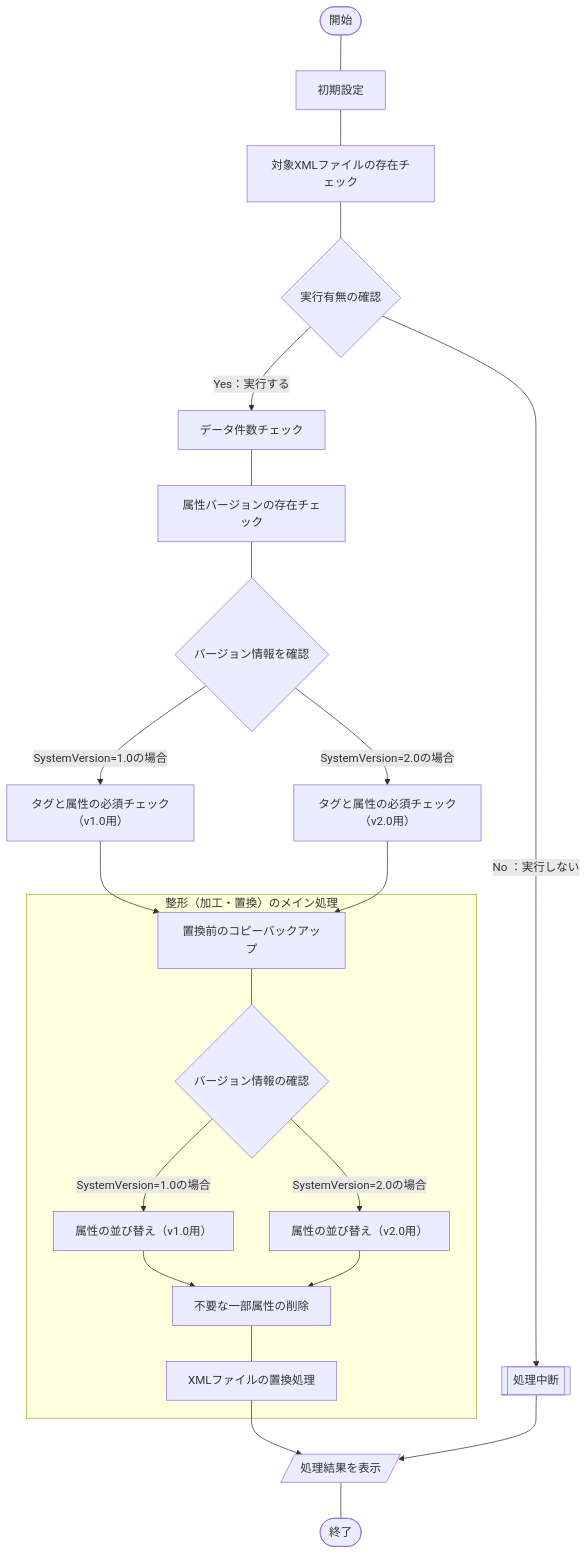
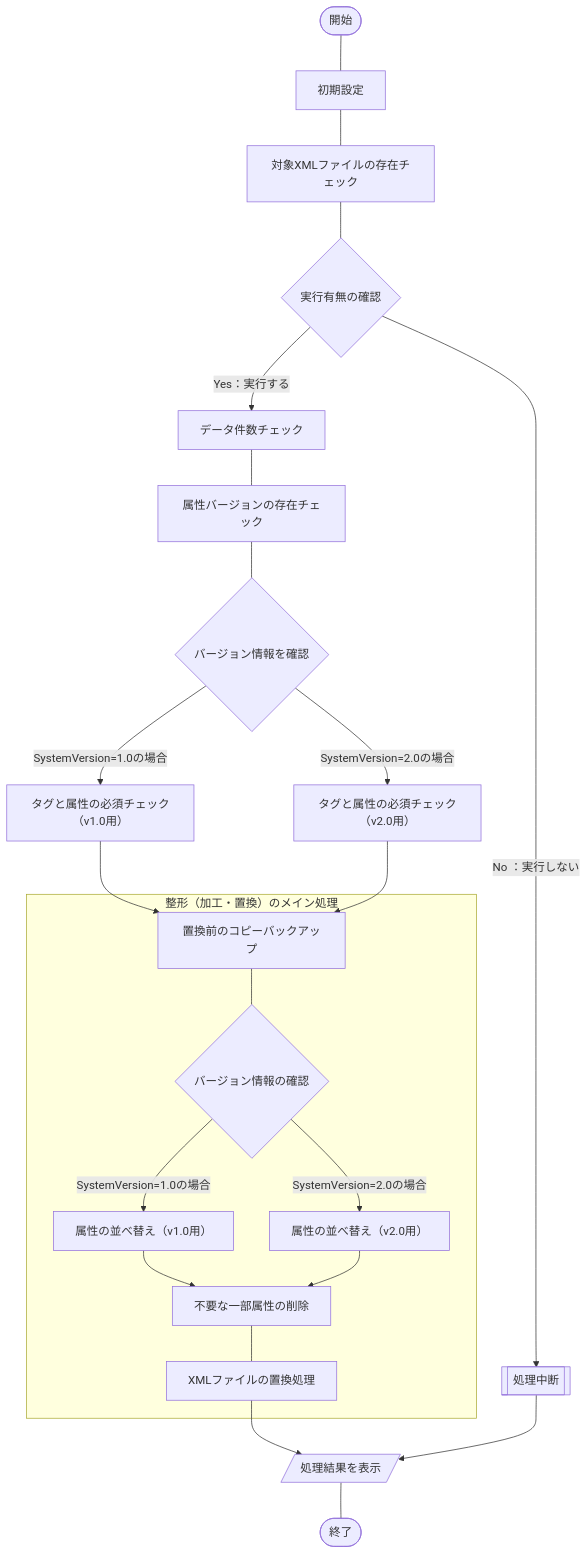
The diagram in articles/a77765dd56f202.md (akiGAMEBOY/haretokidoki_zn), drawn with Mermaid before and after one commit. The commit also changed other lines of this file and 2 other files, not shown here.

````diff
--- a/articles/a77765dd56f202.md
+++ b/articles/a77765dd56f202.md
@@ -36,25 +36,25 @@
 ```mermaid
 flowchart TB
     A(["開始"]) --- B["初期設定"]
     B --- C["対象XMLファイルの存在チェック"]
     C --- D{"実行有無の確認"}
     D --> |"Yes：実行する"| E["データ件数チェック"]
     D --> |"No ：実行しない"| X[["処理中断"]]
     E --- F["属性バージョンの存在チェック"]
     F --- G{"バージョン情報を確認"}
     G --> |"SystemVersion=1.0の場合"| H["タグと属性の必須チェック（v1.0用）"]
     G --> |"SystemVersion=2.0の場合"| I["タグと属性の必須チェック（v2.0用）"]
     H --> J["置換前のコピーバックアップ"]
     I --> J
     subgraph "整形（加工・置換）のメイン処理"
     J --- K{"バージョン情報の確認"}
-    K --> |"SystemVersion=1.0の場合"| L["属性の並び替え（v1.0用）"]
-    K --> |"SystemVersion=2.0の場合"| N["属性の並び替え（v2.0用）"]
+    K --> |"SystemVersion=1.0の場合"| L["属性の並べ替え（v1.0用）"]
+    K --> |"SystemVersion=2.0の場合"| N["属性の並べ替え（v2.0用）"]
     L --> O["不要な一部属性の削除"]
     N --> O
     O --- P["XMLファイルの置換処理"]
     end
     P --> Q[/"処理結果を表示"/]
     X --> Q
     Q --- R(["終了"])
 ```
````
